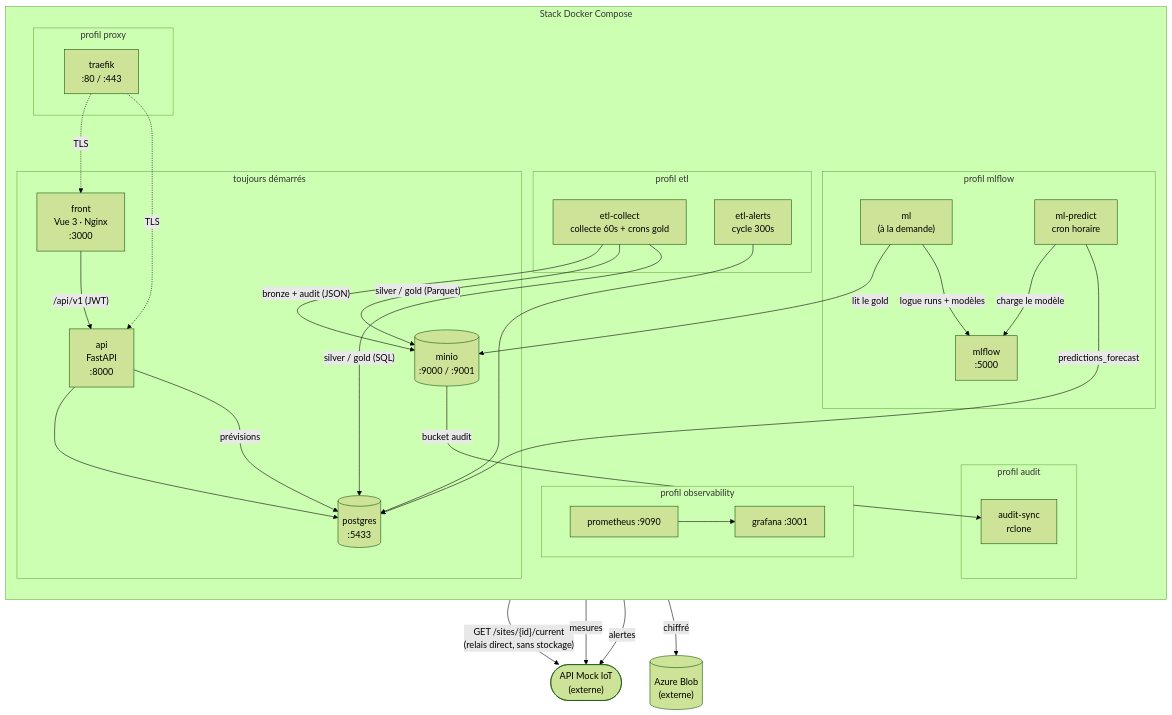
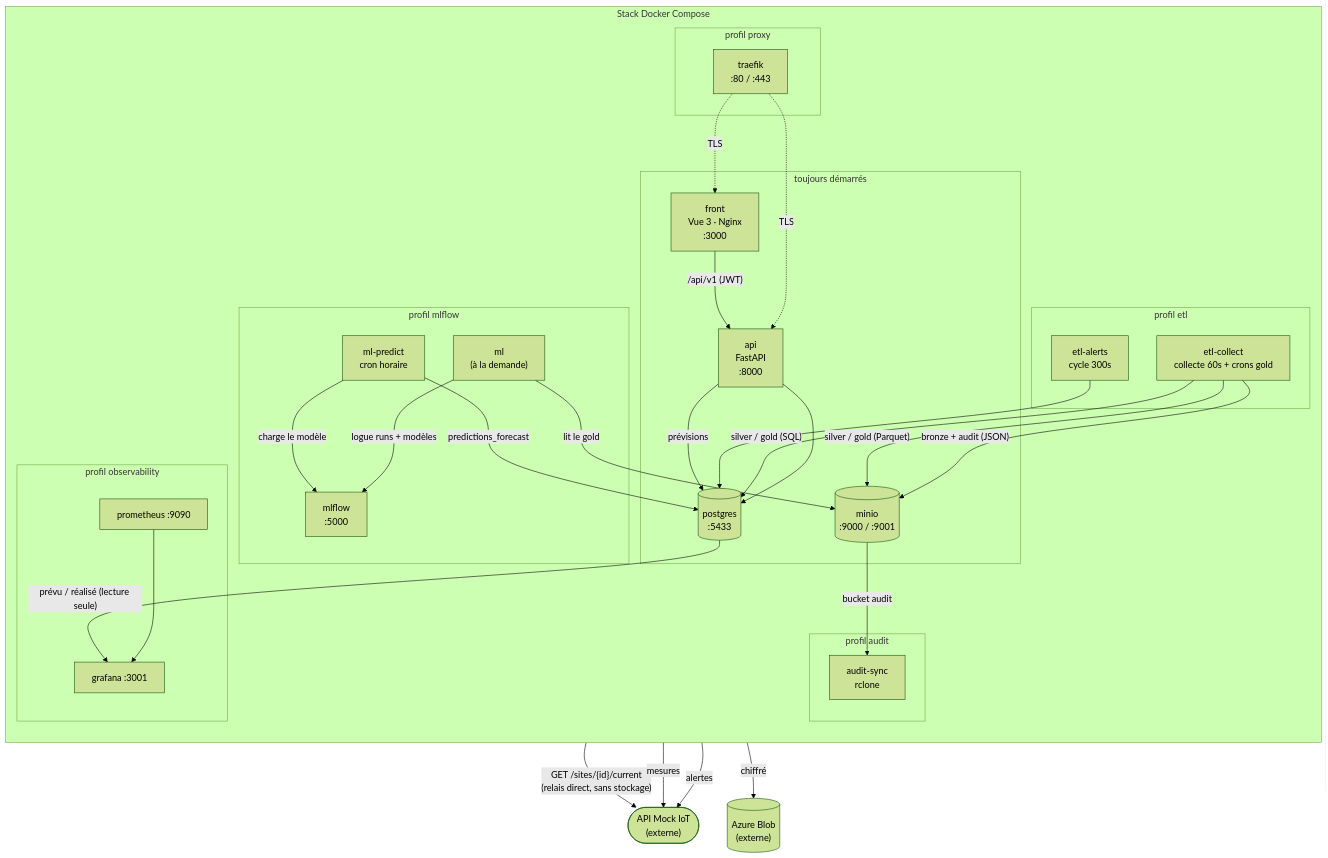
Before and after one commit to EnerVisionENI/enervision: the first of 3 diagrams in README.md, drawn with Mermaid (forest theme). The commit also changed other lines of this file and 5 other files, not shown here.

````diff
--- a/README.md
+++ b/README.md
@@ -65,65 +65,66 @@
 ```mermaid
 flowchart TB
     iot(["API Mock IoT<br/>(externe)"])
 
     subgraph stack["Stack Docker Compose"]
         direction TB
 
         subgraph always["toujours démarrés"]
             front["front<br/>Vue 3 · Nginx<br/>:3000"]
             api["api<br/>FastAPI<br/>:8000"]
             postgres[("postgres<br/>:5433")]
             minio[("minio<br/>:9000 / :9001")]
         end
 
         subgraph pETL["profil etl"]
             collect["etl-collect<br/>collecte 60s + crons gold"]
             alerts["etl-alerts<br/>cycle 300s"]
         end
 
         subgraph pML["profil mlflow"]
             mlflow["mlflow<br/>:5000"]
             mltrain["ml<br/>(à la demande)"]
             mlpredict["ml-predict<br/>cron horaire"]
         end
 
         subgraph pObs["profil observability"]
             grafana["grafana :3001"]
             prom["prometheus :9090"]
         end
 
         subgraph pAudit["profil audit"]
             auditsync["audit-sync<br/>rclone"]
         end
 
         subgraph pProxy["profil proxy"]
             traefik["traefik<br/>:80 / :443"]
         end
     end
 
     azure[("Azure Blob<br/>(externe)")]
 
     traefik -.->|TLS| front
     traefik -.->|TLS| api
     front -->|"/api/v1 (JWT)"| api
     api --> postgres
     api -->|"GET /sites/{id}/current<br/>(relais direct, sans stockage)"| iot
 
     collect -->|mesures| iot
     alerts -->|alertes| iot
 
     collect -->|"bronze + audit (JSON)"| minio
     collect -->|"silver / gold (Parquet)"| minio
     collect -->|"silver / gold (SQL)"| postgres
     alerts --> postgres
 
     mltrain -->|"lit le gold"| minio
     mltrain -->|"logue runs + modèles"| mlflow
     mlpredict -->|"charge le modèle"| mlflow
     mlpredict -->|"predictions_forecast"| postgres
     api -->|"prévisions"| postgres
 
     prom --> grafana
+    postgres -->|"prévu / réalisé (lecture seule)"| grafana
     minio -->|bucket audit| auditsync
     auditsync -->|chiffré| azure
 ```
````
